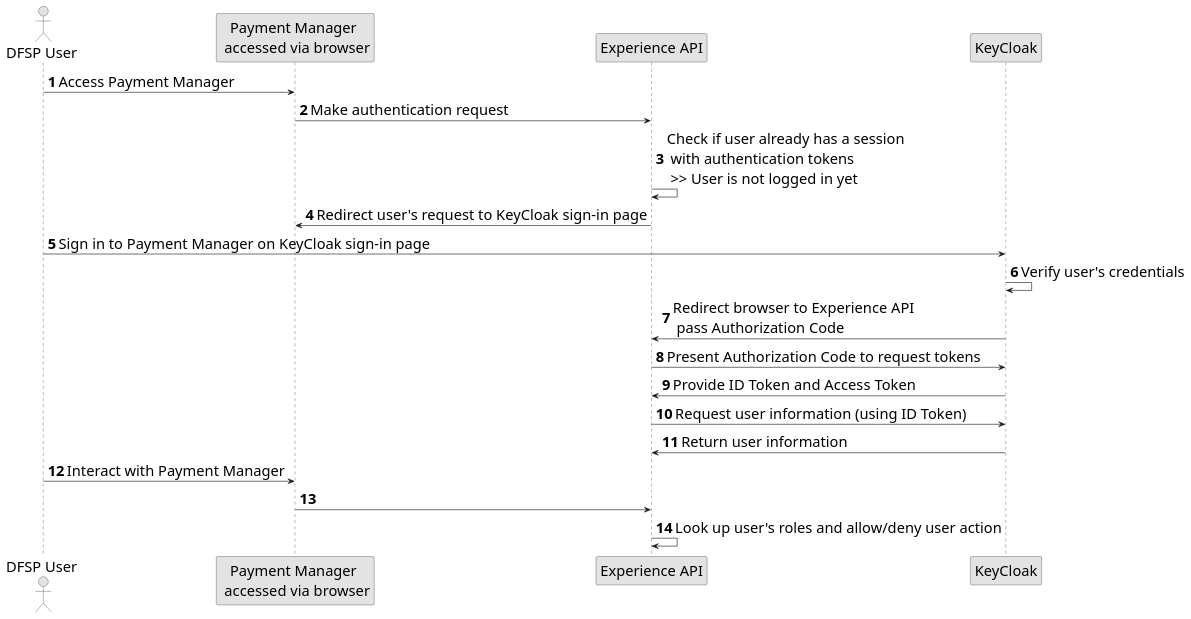
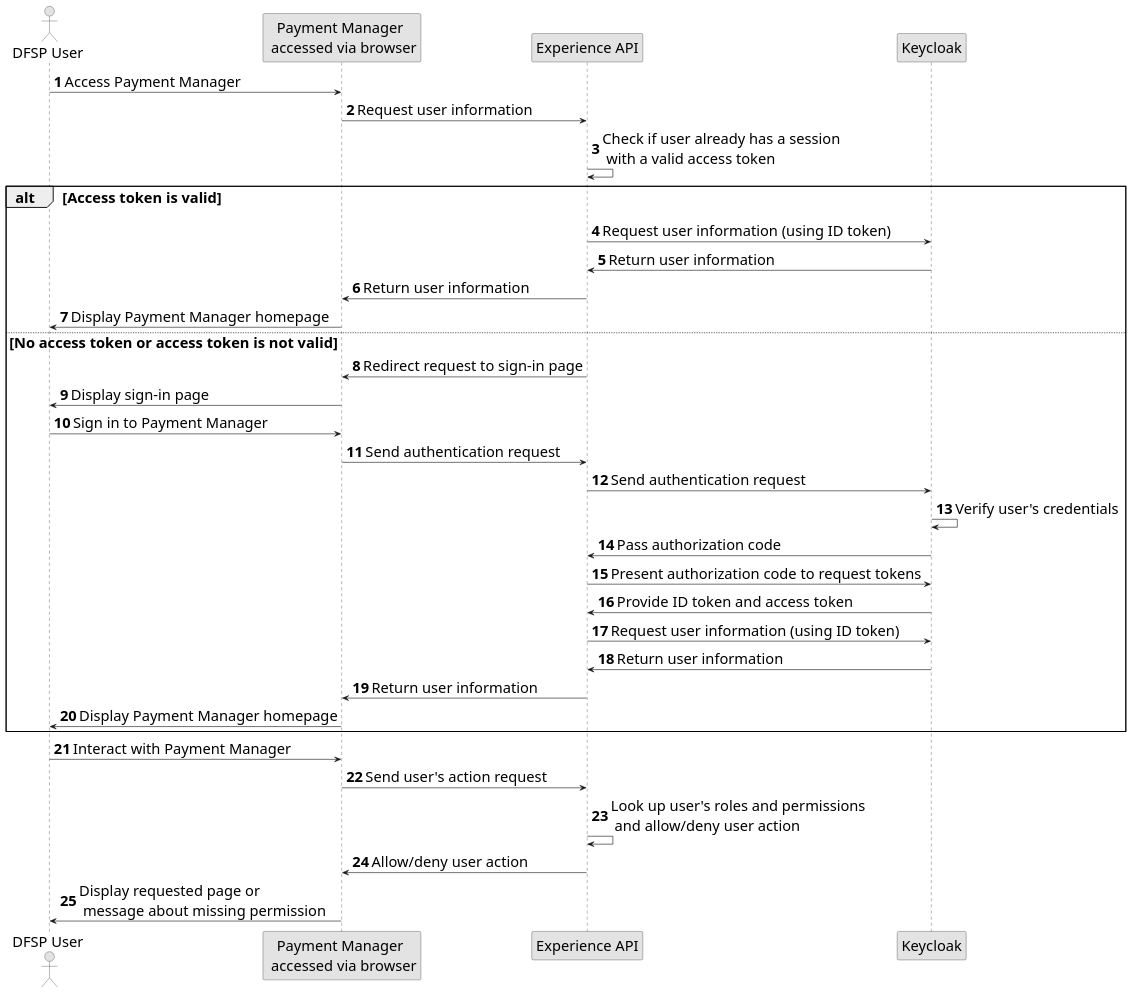
One commit to pm4ml/documents changed the diagram in modules/user_access_management/images/keycloak_authentication_flow.plantuml. Above: the diagram before and after it, drawn with PlantUML. The commit also changed 2 other files, not shown here.

Commit message:
user access mgmt updates

```diff
--- a/modules/user_access_management/images/keycloak_authentication_flow.plantuml
+++ b/modules/user_access_management/images/keycloak_authentication_flow.plantuml
@@ -1,31 +1,45 @@
 @startuml
 
 autonumber
 skinparam activityFontSize 4
 skinparam activityDiamondFontSize 30
 skinparam activityArrowFontSize 24
 skinparam defaultFontSize 24
 skinparam noteFontSize 24
 skinparam monochrome true
 
 actor "DFSP User" as user
 participant "Payment Manager \n accessed via browser" as browser
 participant "Experience API" as api
-participant "KeyCloak" as keycloak
+participant "Keycloak" as keycloak
 
 user -> browser: Access Payment Manager
-browser -> api: Make authentication request
-api -> api: Check if user already has a session \n with authentication tokens \n >> User is not logged in yet
-api -> browser: Redirect user's request to KeyCloak sign-in page
-user -> keycloak: Sign in to Payment Manager on KeyCloak sign-in page
+browser -> api: Request user information
+api -> api: Check if user already has a session \n with a valid access token
+alt Access token is valid
+api -> keycloak: Request user information (using ID token)
+keycloak -> api: Return user information
+api -> browser: Return user information
+browser -> user: Display Payment Manager homepage
+else No access token or access token is not valid
+api -> browser: Redirect request to sign-in page
+browser -> user: Display sign-in page
+user -> browser: Sign in to Payment Manager
+browser -> api: Send authentication request
+api -> keycloak: Send authentication request
 keycloak -> keycloak: Verify user's credentials
-keycloak -> api: Redirect browser to Experience API \n pass Authorization Code
-api -> keycloak: Present Authorization Code to request tokens
-keycloak -> api: Provide ID Token and Access Token
-api -> keycloak: Request user information (using ID Token)
+keycloak -> api: Pass authorization code
+api -> keycloak: Present authorization code to request tokens
+keycloak -> api: Provide ID token and access token
+api -> keycloak: Request user information (using ID token)
 keycloak -> api: Return user information
+api -> browser: Return user information
+browser -> user: Display Payment Manager homepage
+end
 user -> browser: Interact with Payment Manager
-browser -> api: 
-api -> api: Look up user's roles and allow/deny user action
+browser -> api: Send user's action request 
+api -> api: Look up user's roles and permissions \n and allow/deny user action
+api -> browser: Allow/deny user action
+browser -> user: Display requested page or \n message about missing permission
 
 @enduml
```
